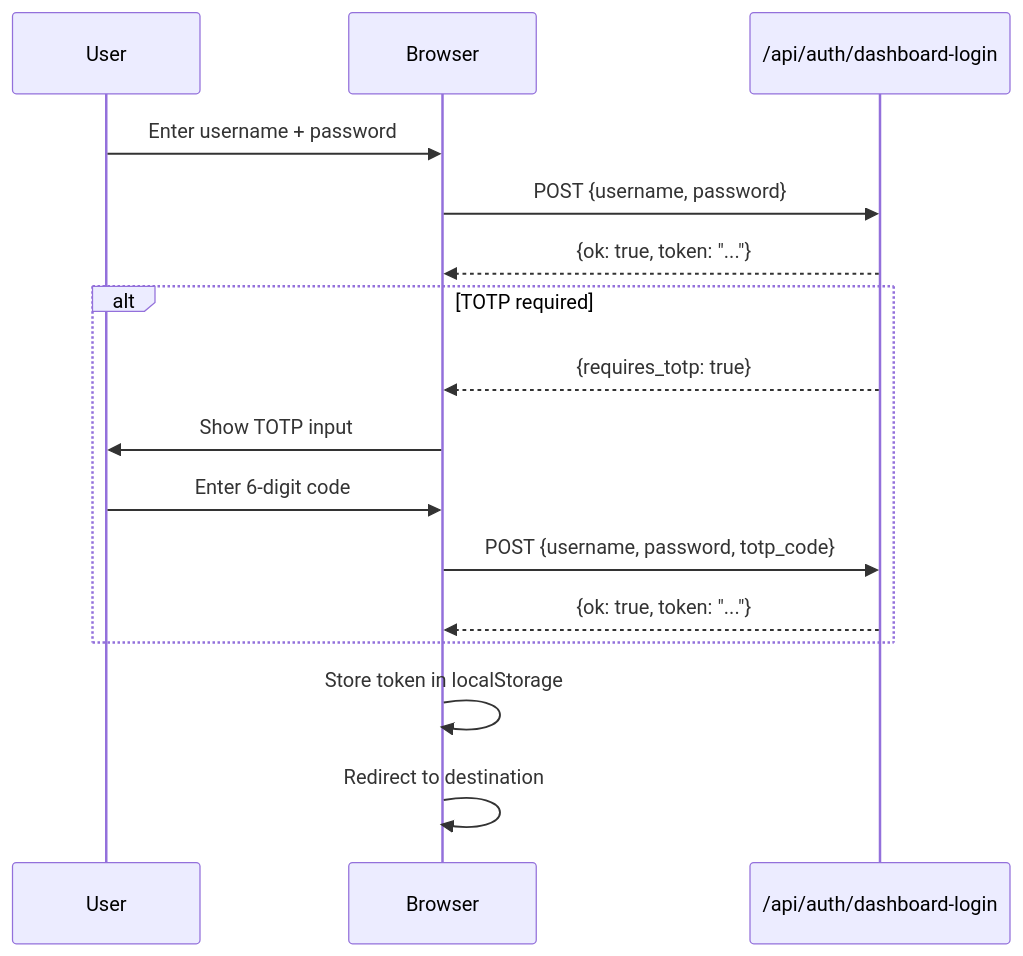
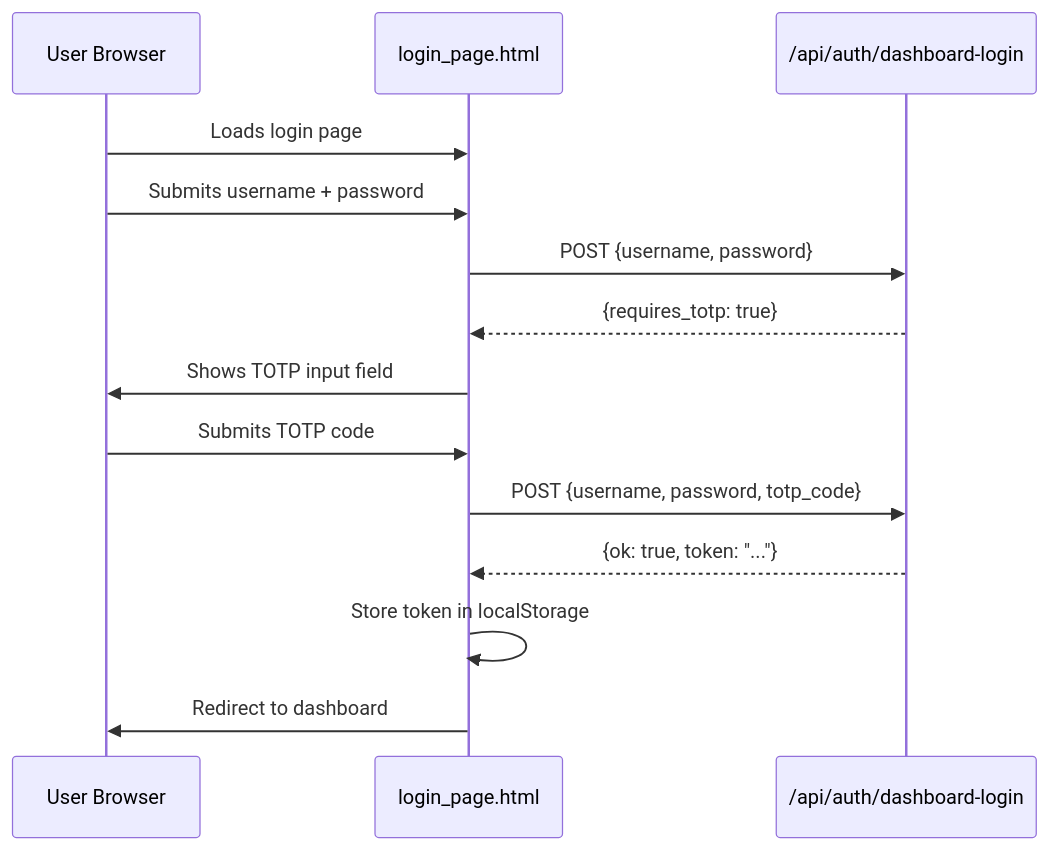
Before and after one commit to leszek3737/librefang-WIki: the diagram in other-librefang-api-src.md, drawn with Mermaid. The commit also changed other lines of this file and 120 other files, not shown here.

````diff
--- a/other-librefang-api-src.md
+++ b/other-librefang-api-src.md
@@ -147,21 +15,17 @@
 ```mermaid
 sequenceDiagram
-    participant User
-    participant Browser
-    participant API as /api/auth/dashboard-login
+    participant U as User Browser
+    participant L as login_page.html
+    participant A as /api/auth/dashboard-login
 
-    User->>Browser: Enter username + password
-    Browser->>API: POST {username, password}
-    API-->>Browser: {ok: true, token: "..."}
-
-    alt TOTP required
-        API-->>Browser: {requires_totp: true}
-        Browser->>User: Show TOTP input
-        User->>Browser: Enter 6-digit code
-        Browser->>API: POST {username, password, totp_code}
-        API-->>Browser: {ok: true, token: "..."}
-    end
-
-    Browser->>Browser: Store token in localStorage
-    Browser->>Browser: Redirect to destination
+    U->>L: Loads login page
+    U->>L: Submits username + password
+    L->>A: POST {username, password}
+    A-->>L: {requires_totp: true}
+    L->>U: Shows TOTP input field
+    U->>L: Submits TOTP code
+    L->>A: POST {username, password, totp_code}
+    A-->>L: {ok: true, token: "..."}
+    L->>L: Store token in localStorage
+    L->>U: Redirect to dashboard
 ```
````
